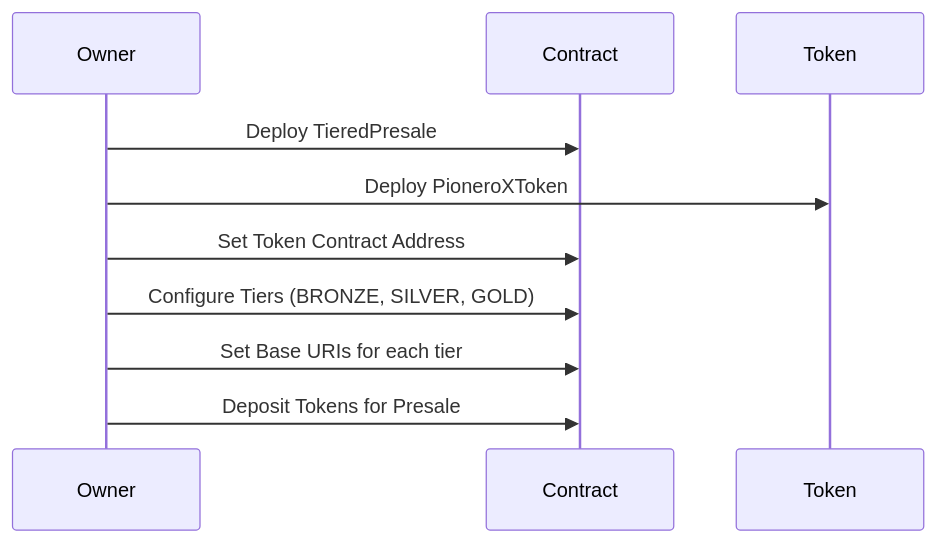
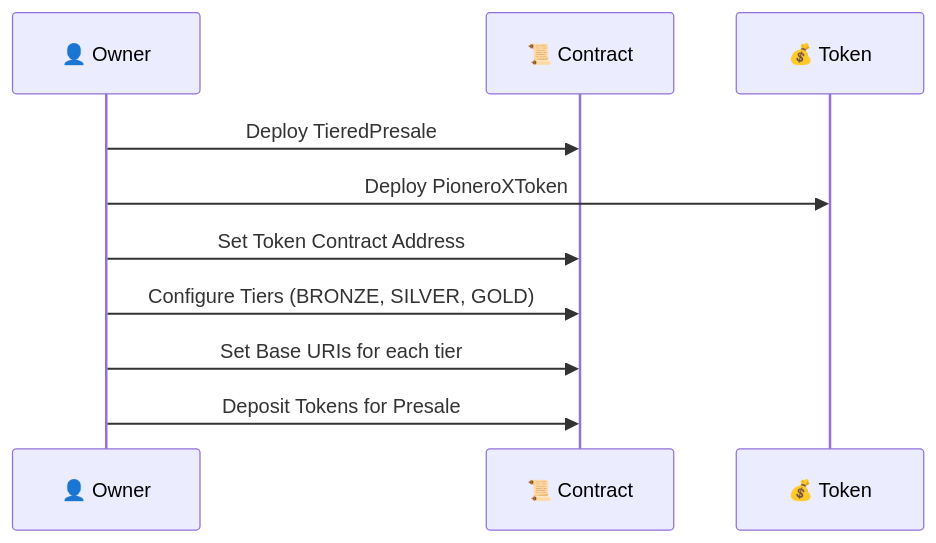
The first of 5 diagrams in README.md (Vicent00/PioneroX), drawn with Mermaid before and after one commit. The commit also changed other lines of this file, not shown here.

````diff
--- a/README.md
+++ b/README.md
@@ -15,13 +25,13 @@
 ```mermaid
 sequenceDiagram
-    participant Owner
-    participant Contract
-    participant Token
+    participant 👤 Owner
+    participant 📜 Contract
+    participant 💰 Token
     
-    Owner->>Contract: Deploy TieredPresale
-    Owner->>Token: Deploy PioneroXToken
-    Owner->>Contract: Set Token Contract Address
-    Owner->>Contract: Configure Tiers (BRONZE, SILVER, GOLD)
-    Owner->>Contract: Set Base URIs for each tier
-    Owner->>Contract: Deposit Tokens for Presale
+    👤 Owner->>📜 Contract: Deploy TieredPresale
+    👤 Owner->>💰 Token: Deploy PioneroXToken
+    👤 Owner->>📜 Contract: Set Token Contract Address
+    👤 Owner->>📜 Contract: Configure Tiers (BRONZE, SILVER, GOLD)
+    👤 Owner->>📜 Contract: Set Base URIs for each tier
+    👤 Owner->>📜 Contract: Deposit Tokens for Presale
 ```
````
